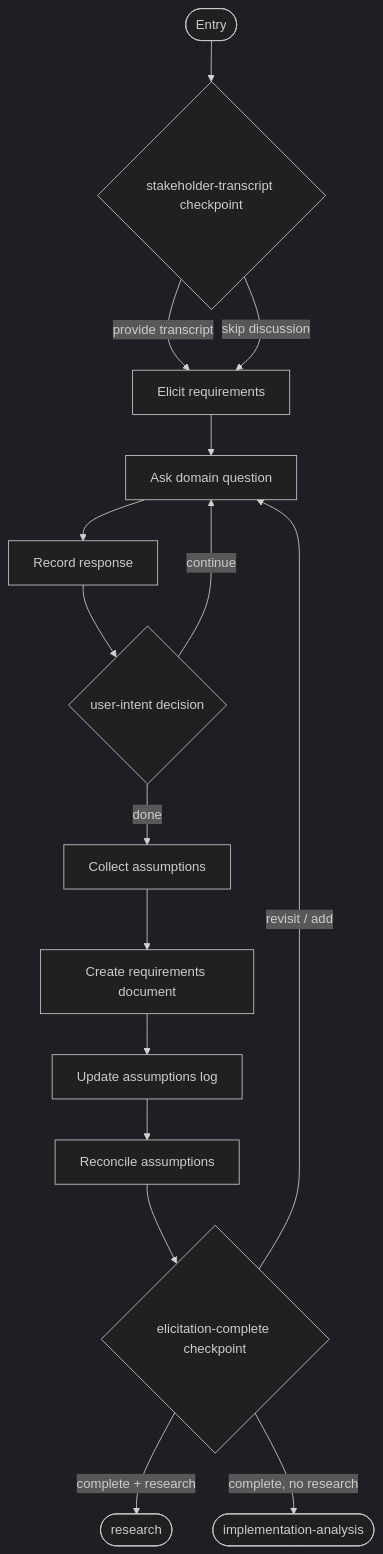
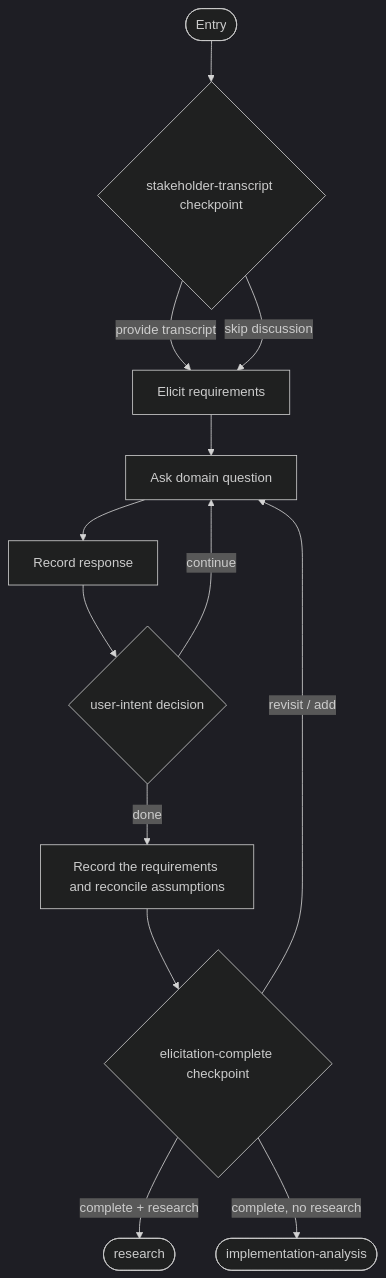
Before and after one commit to m2ux/workflow-server: the fourth of 15 diagrams in work-package/activities/README.md, drawn with Mermaid (dark theme). The commit also changed other lines of this file, not shown here.

First line of the commit message:
docs(work-package): group each activity diagram's straight runs into one block

````diff
--- a/work-package/activities/README.md
+++ b/work-package/activities/README.md
@@ -124,20 +111,17 @@
 ```mermaid
 graph TD
     entryNode(["Entry"]) --> cpStakeholder{"stakeholder-transcript checkpoint"}
     cpStakeholder -->|"provide transcript"| elicit["Elicit requirements"]
     cpStakeholder -->|"skip discussion"| elicit
 
     elicit --> askQuestion["Ask domain question"]
     askQuestion --> recordResponse["Record response"]
     recordResponse --> userIntent{"user-intent decision"}
     userIntent -->|"continue"| askQuestion
-    userIntent -->|"done"| collectAssumptions["Collect assumptions"]
+    userIntent -->|"done"| recordReqs["Record the requirements and reconcile assumptions"]
 
-    collectAssumptions --> createDoc["Create requirements document"]
-    createDoc --> updateLog["Update assumptions log"]
-    updateLog --> reconcile["Reconcile assumptions"]
-    reconcile --> cpComplete{"elicitation-complete checkpoint"}
+    recordReqs --> cpComplete{"elicitation-complete checkpoint"}
     cpComplete -->|"complete + research"| exitResearch(["research"])
     cpComplete -->|"complete, no research"| exitAnalysis(["implementation-analysis"])
     cpComplete -->|"revisit / add"| askQuestion
 ```
````
